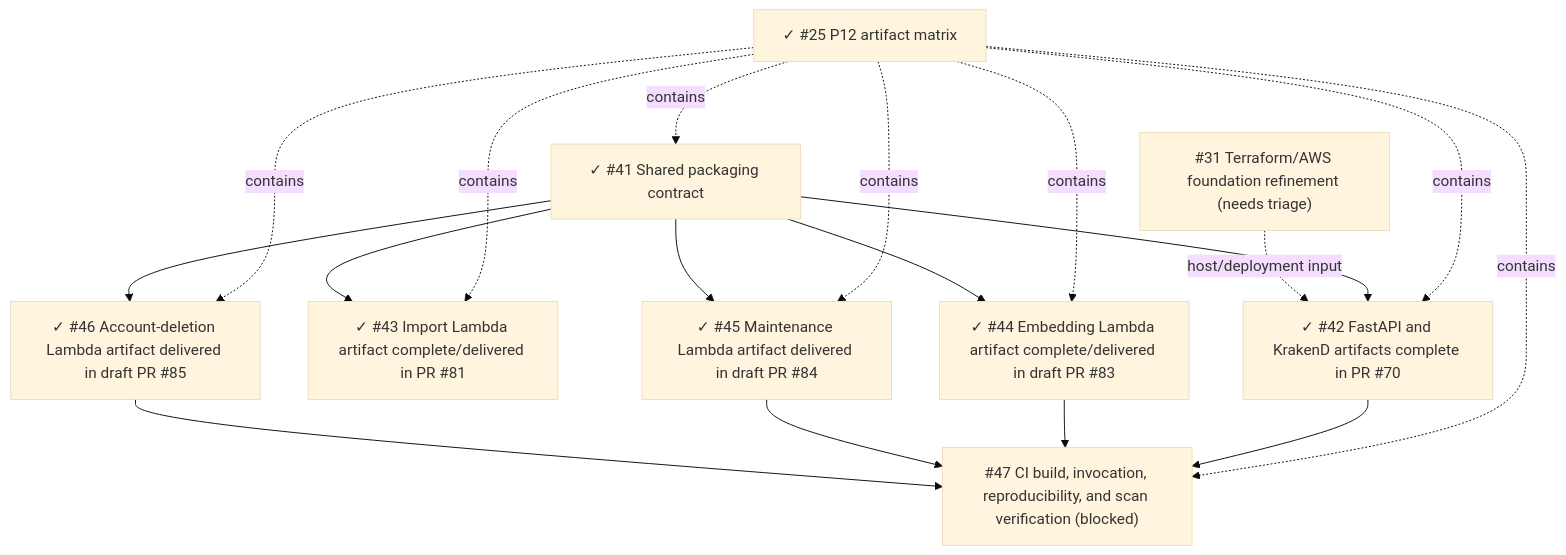
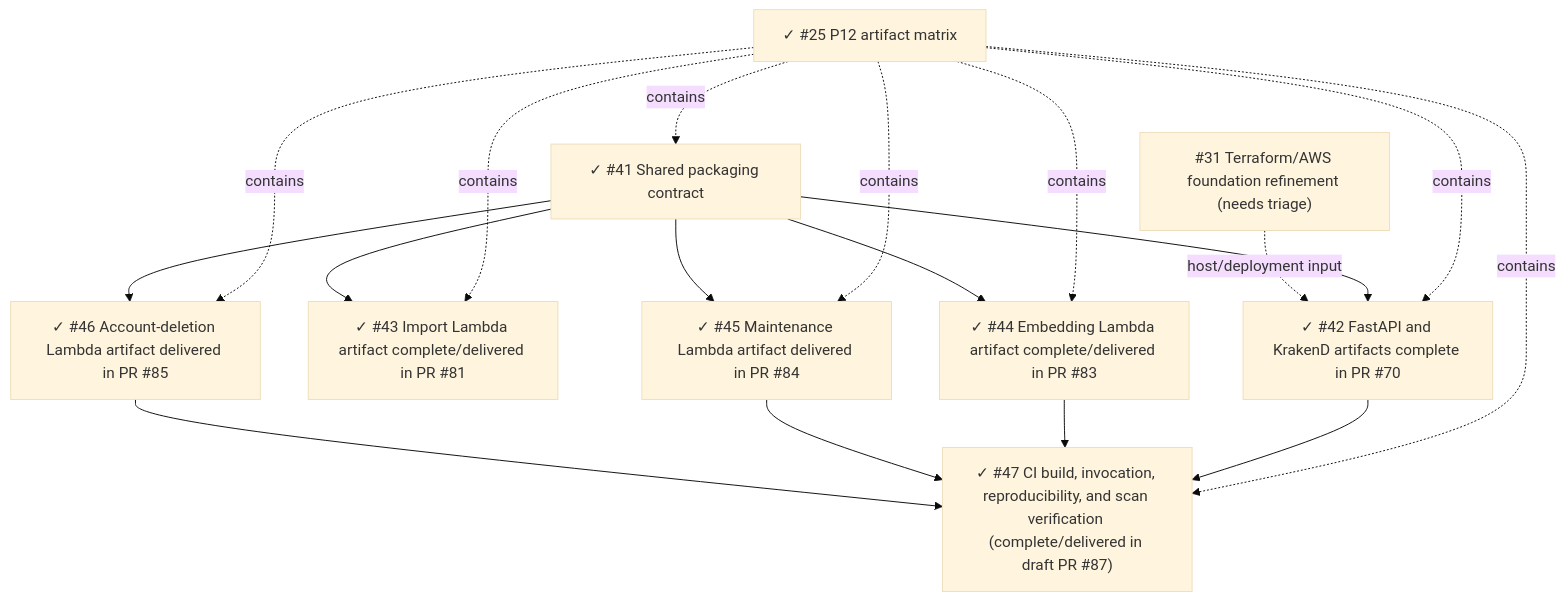
The diagram in docs/specs/2026-08-14-p12-production-artifact-matrix.md (starkovalera/recipe-manager), drawn with Mermaid (base theme) before and after one commit. The commit also changed other lines of this file and 16 other files, not shown here.

````diff
--- a/docs/specs/2026-08-14-p12-production-artifact-matrix.md
+++ b/docs/specs/2026-08-14-p12-production-artifact-matrix.md
@@ -256,33 +256,33 @@
 ```mermaid
 flowchart TD
   p25["✓ #25 P12 artifact matrix"]
   shared["✓ #41 Shared packaging contract"]
   api["✓ #42 FastAPI and KrakenD artifacts complete in PR #70"]
   import["✓ #43 Import Lambda artifact complete/delivered in PR #81"]
-  embedding["✓ #44 Embedding Lambda artifact complete/delivered in draft PR #83"]
-  maintenance["✓ #45 Maintenance Lambda artifact delivered in draft PR #84"]
-  deletion["✓ #46 Account-deletion Lambda artifact delivered in draft PR #85"]
-  ci["#47 CI build, invocation, reproducibility, and scan verification (blocked)"]
+  embedding["✓ #44 Embedding Lambda artifact complete/delivered in PR #83"]
+  maintenance["✓ #45 Maintenance Lambda artifact delivered in PR #84"]
+  deletion["✓ #46 Account-deletion Lambda artifact delivered in PR #85"]
+  ci["✓ #47 CI build, invocation, reproducibility, and scan verification (complete/delivered in draft PR #87)"]
   infra["#31 Terraform/AWS foundation refinement (needs triage)"]
 
   p25 -. contains .-> shared
   p25 -. contains .-> api
   p25 -. contains .-> import
   p25 -. contains .-> embedding
   p25 -. contains .-> maintenance
   p25 -. contains .-> deletion
   p25 -. contains .-> ci
 
   shared --> api
   shared --> import
   shared --> embedding
   shared --> maintenance
   shared --> deletion
 
   api --> ci
   embedding --> ci
   maintenance --> ci
   deletion --> ci
 
   infra -. host/deployment input .-> api
 ```
````
